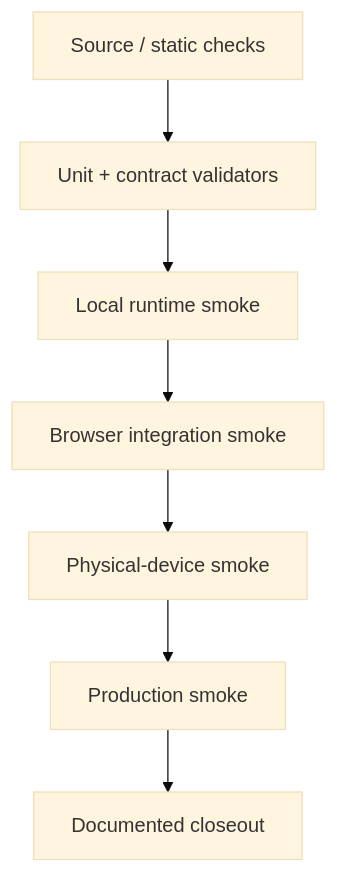
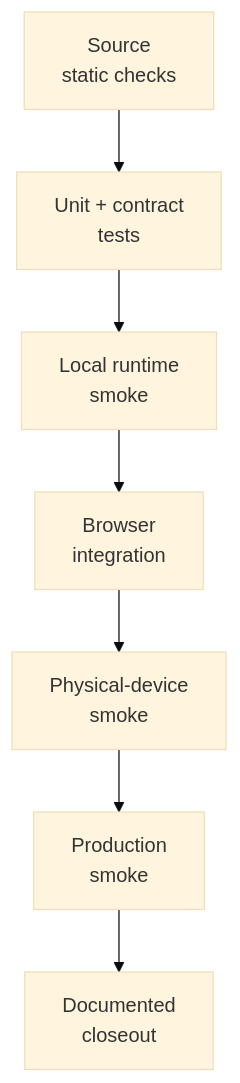
The fourth of 4 diagrams in MILLENOVA_PUBLIC_FACADE_IMPLEMENTATION_PLAN.md (wilderruiz/millenova-project), drawn with Mermaid (base theme) before and after one commit. The commit also changed other lines of this file, not shown here.

Commit message:
docs: apply shared Mermaid graph guide to publication plan

````diff
--- a/MILLENOVA_PUBLIC_FACADE_IMPLEMENTATION_PLAN.md
+++ b/MILLENOVA_PUBLIC_FACADE_IMPLEMENTATION_PLAN.md
@@ -516,9 +520,9 @@
 ```mermaid
 flowchart TD
-    S[Source / static checks] --> U[Unit + contract validators]
-    U --> L[Local runtime smoke]
-    L --> B[Browser integration smoke]
-    B --> D[Physical-device smoke]
-    D --> P[Production smoke]
-    P --> C[Documented closeout]
+    S["Source<br/>static checks"] --> U["Unit + contract<br/>tests"]
+    U --> L["Local runtime<br/>smoke"]
+    L --> B["Browser<br/>integration"]
+    B --> D["Physical-device<br/>smoke"]
+    D --> P["Production<br/>smoke"]
+    P --> C["Documented<br/>closeout"]
 ```
````
